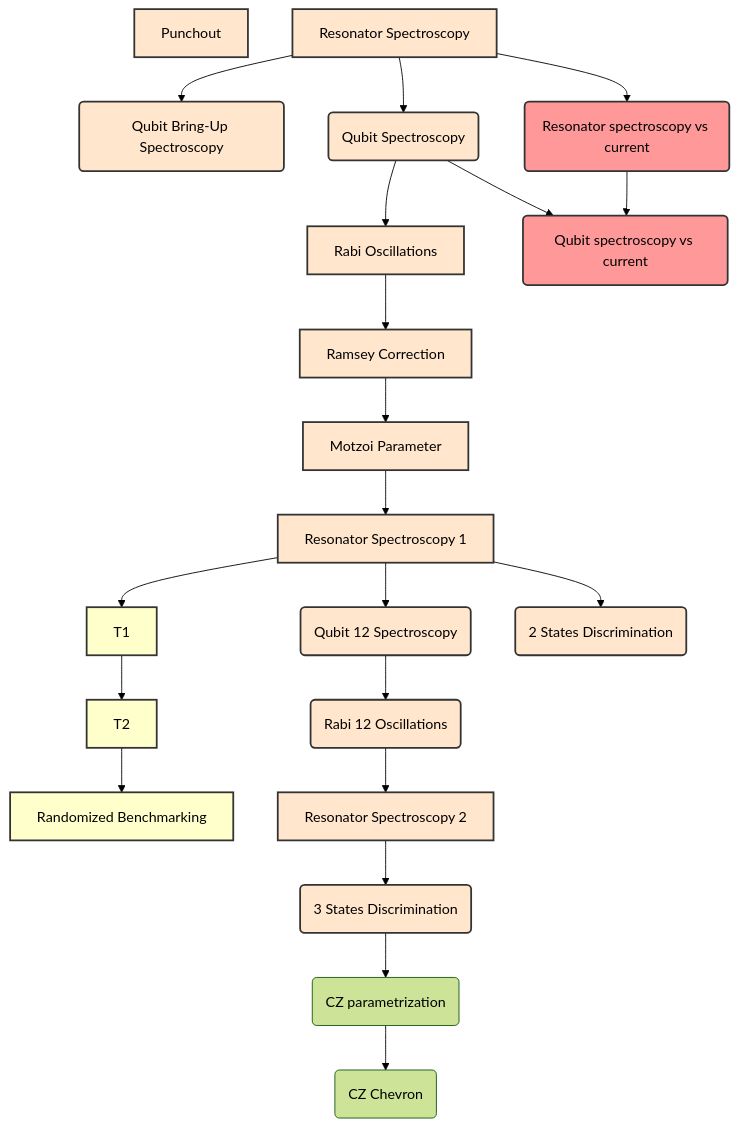
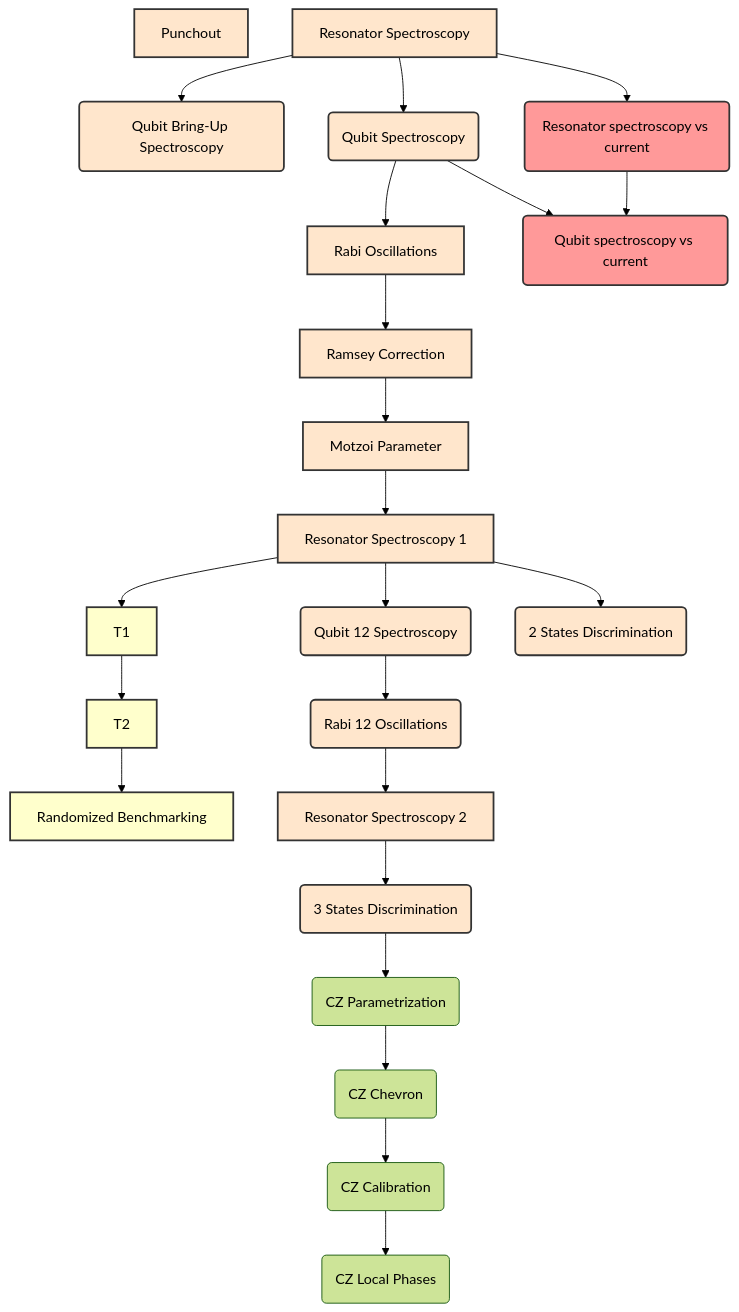
Before and after one commit to tergite/tergite-autocalibration: the diagram in docs/node-library/available_nodes.md, drawn with Mermaid (forest theme). The commit also changed other lines of this file and 2 other files, not shown here.

Commit message:
docs: WIP cz calibration and cz local phases docs

````diff
--- a/docs/node-library/available_nodes.md
+++ b/docs/node-library/available_nodes.md
@@ -3,48 +3,48 @@
 ``` mermaid
 graph TD
     A1[Punchout]
     A[Resonator Spectroscopy]
     A --> B1(Qubit Bring-Up Spectroscopy)
     A --> B(Qubit Spectroscopy)
     B --> C[Rabi Oscillations]
     C --> D[Ramsey Correction]
     D --> E[Motzoi Parameter]
     E --> F[Resonator Spectroscopy 1]
     F --> C1[T1] --> C2[T2] --> C3[Randomized Benchmarking]
     F --> F1(Qubit 12 Spectroscopy) --> G(Rabi 12 Oscillations) --> G1[Resonator Spectroscopy 2]
     F --> H1(2 States Discrimination)
     G1 --> H2(3 States Discrimination)
     A --> I(Resonator spectroscopy vs current)
     B --> J(Qubit spectroscopy vs current)
     I --> J
-    H2 --> K(CZ parametrization) --> K1(CZ Chevron)
+    H2 --> K(CZ Parametrization) --> K1(CZ Chevron) --> K2(CZ Calibration) --> K3(CZ Local Phases)
         
     click A href "../nodes/resonator_spectroscopy_node"
     click F href "../nodes/resonator_spectroscopy_node"
     click G1 href "../nodes/resonator_spectroscopy_node"
     click A1 href "../nodes/punchout_node"
     click B href "../nodes/qubit_spectroscopy_node"
     click F1 href "../nodes/qubit_spectroscopy_node"
     click C href "../nodes/rabi_oscillations_node"
     click I href "../nodes/resonator_spectroscopy_vs_current_node"
     click J href "../nodes/qubit_spectroscopy_vs_current_node"
 
     style A fill:#ffe6cc,stroke:#333,stroke-width:2px
     style A1 fill:#ffe6cc,stroke:#333,stroke-width:2px
     style B fill:#ffe6cc,stroke:#333,stroke-width:2px
     style B1 fill:#ffe6cc,stroke:#333,stroke-width:2px
     style C fill:#ffe6cc,stroke:#333,stroke-width:2px
     style D fill:#ffe6cc,stroke:#333,stroke-width:2px
     style E fill:#ffe6cc,stroke:#333,stroke-width:2px
     style F fill:#ffe6cc,stroke:#333,stroke-width:2px
     style C1 fill:#ffffcc,stroke:#333,stroke-width:2px
     style C2 fill:#ffffcc,stroke:#333,stroke-width:2px
     style C3 fill:#ffffcc,stroke:#333,stroke-width:2px
     style F1 fill:#ffe6cc,stroke:#333,stroke-width:2px
     style G fill:#ffe6cc,stroke:#333,stroke-width:2px
     style G1 fill:#ffe6cc,stroke:#333,stroke-width:2px
     style H1 fill:#ffe6cc,stroke:#333,stroke-width:2px
     style H2 fill:#ffe6cc,stroke:#333,stroke-width:2px
     style I fill:#ff9999,stroke:#333,stroke-width:2px
     style J fill:#ff9999,stroke:#333,stroke-width:2px
 ```
````
